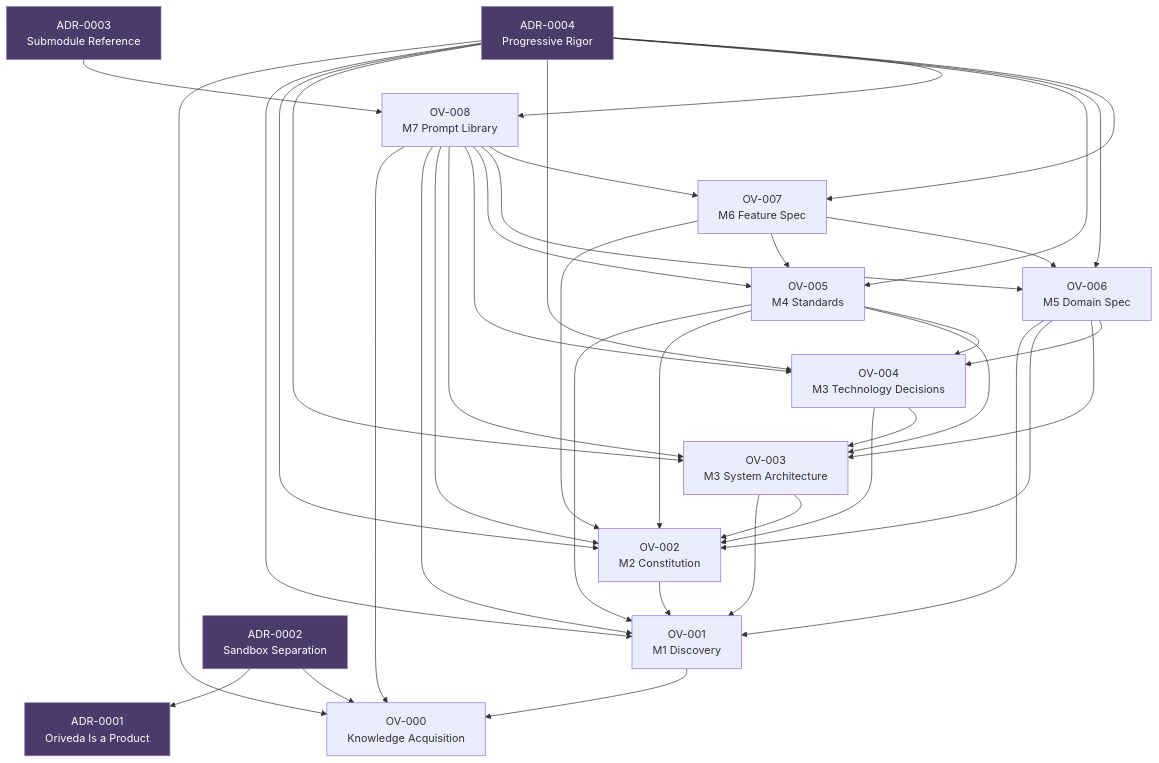
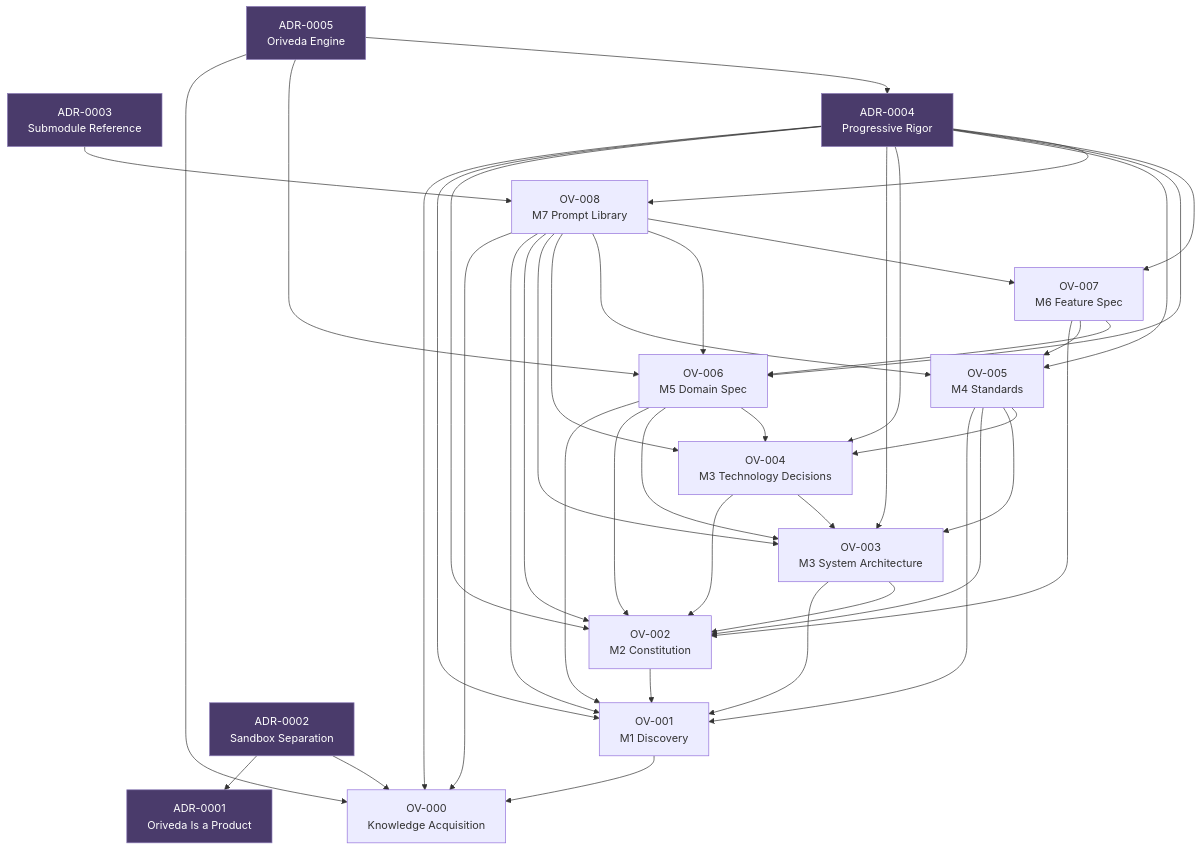
One commit to VedantJoshi23/Oriveda changed the diagram in .oriveda/knowledge_graph.md. Above: the diagram before and after it, drawn with Mermaid. The commit also changed other lines of this file and 29 other files, not shown here.

First line of the commit message:
feat: oriveda engine v0.1.0 — `oriveda check boundaries` (ADR-0005)

````diff
--- a/.oriveda/knowledge_graph.md
+++ b/.oriveda/knowledge_graph.md
@@ -17,59 +17,63 @@
 ```mermaid
 graph TD
     OV000["OV-000<br/>Knowledge Acquisition"]
     OV001["OV-001<br/>M1 Discovery"]
     OV002["OV-002<br/>M2 Constitution"]
     OV003["OV-003<br/>M3 System Architecture"]
     OV004["OV-004<br/>M3 Technology Decisions"]
     OV005["OV-005<br/>M4 Standards"]
     OV006["OV-006<br/>M5 Domain Spec"]
     OV007["OV-007<br/>M6 Feature Spec"]
     OV008["OV-008<br/>M7 Prompt Library"]
 
     ADR0001["ADR-0001<br/>Oriveda Is a Product"]
     ADR0002["ADR-0002<br/>Sandbox Separation"]
     ADR0003["ADR-0003<br/>Submodule Reference"]
     ADR0004["ADR-0004<br/>Progressive Rigor"]
+    ADR0005["ADR-0005<br/>Oriveda Engine"]
 
     OV001 --> OV000
     OV002 --> OV001
     OV003 --> OV001
     OV003 --> OV002
     OV004 --> OV002
     OV004 --> OV003
     OV005 --> OV001
     OV005 --> OV002
     OV005 --> OV003
     OV005 --> OV004
     OV006 --> OV001
     OV006 --> OV002
     OV006 --> OV003
     OV006 --> OV004
     OV007 --> OV002
     OV007 --> OV005
     OV007 --> OV006
     OV008 --> OV000
     OV008 --> OV001
     OV008 --> OV002
     OV008 --> OV003
     OV008 --> OV004
     OV008 --> OV005
     OV008 --> OV006
     OV008 --> OV007
 
     ADR0002 --> ADR0001
     ADR0002 --> OV000
     ADR0003 --> OV008
     ADR0004 --> OV000
     ADR0004 --> OV001
     ADR0004 --> OV002
     ADR0004 --> OV003
     ADR0004 --> OV004
     ADR0004 --> OV005
     ADR0004 --> OV006
     ADR0004 --> OV007
     ADR0004 --> OV008
+    ADR0005 --> OV000
+    ADR0005 --> OV006
+    ADR0005 --> ADR0004
 
     classDef adr fill:#4a3b6b,stroke:#8b7bb8,color:#fff
-    class ADR0001,ADR0002,ADR0003,ADR0004 adr
+    class ADR0001,ADR0002,ADR0003,ADR0004,ADR0005 adr
 ```
````
